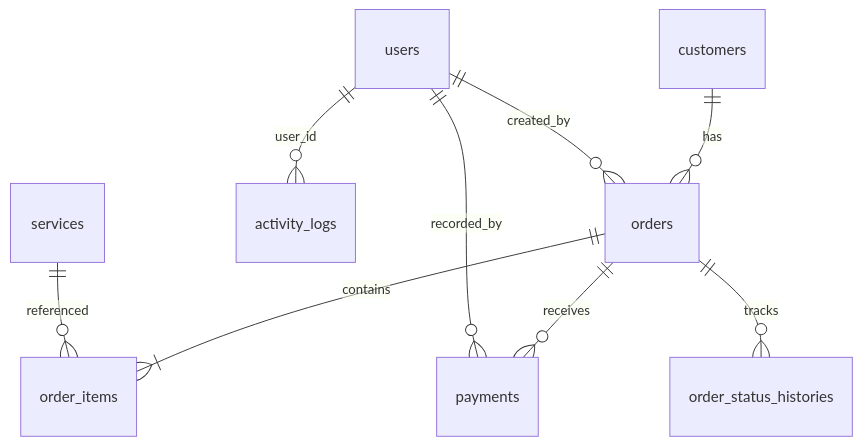
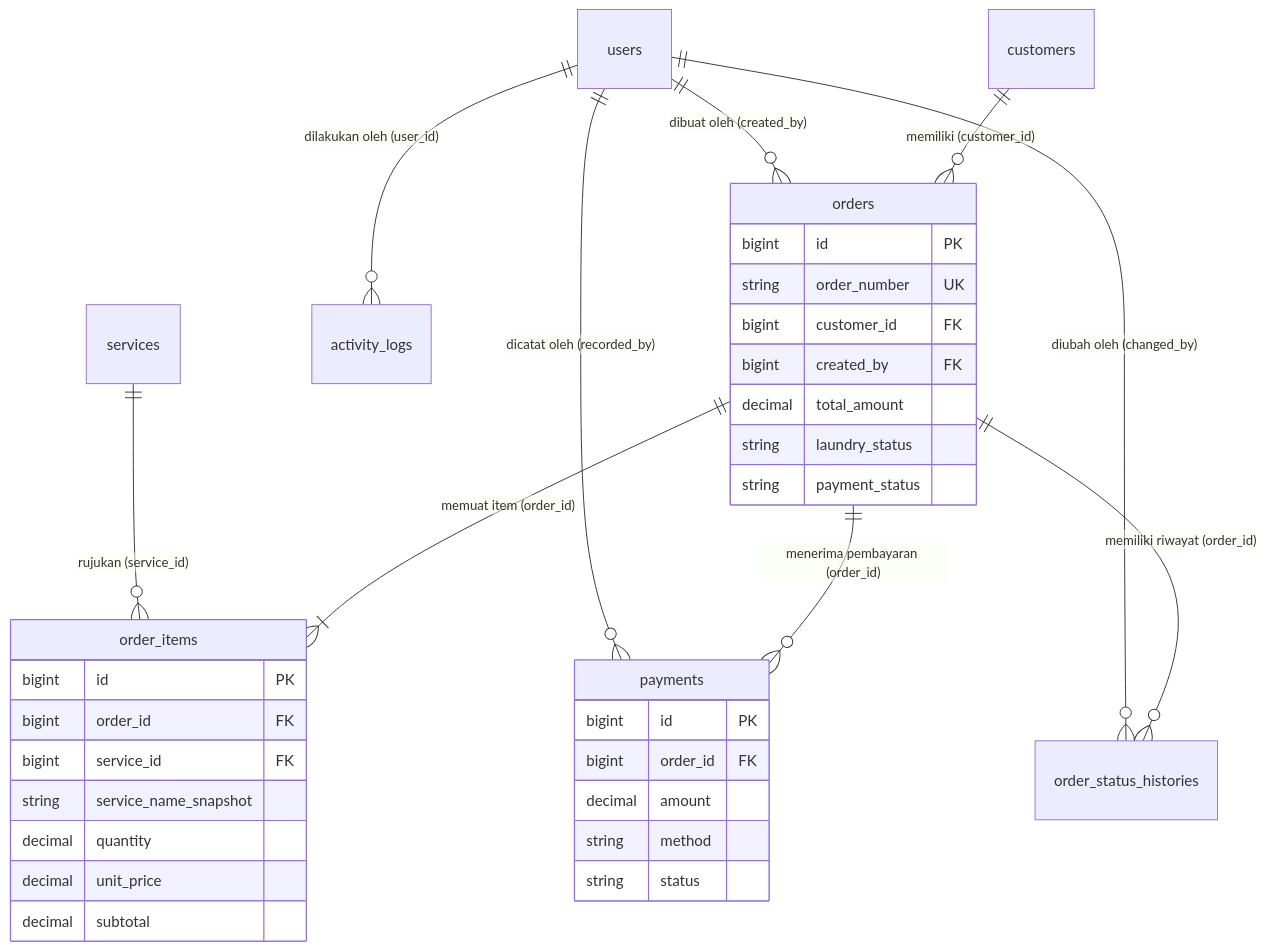
One commit to rafifarsyapradiva/rap-laundry changed the first of 2 diagrams in docs/IMPLEMENTATION_PLAN.md. Above: the diagram before and after it, drawn with Mermaid. The commit also changed other lines of this file and 70 other files, not shown here.

````diff
--- a/docs/IMPLEMENTATION_PLAN.md
+++ b/docs/IMPLEMENTATION_PLAN.md
@@ -78,11 +158,38 @@
 ```mermaid
 erDiagram
-    users ||--o{ orders : "created_by"
-    users ||--o{ payments : "recorded_by"
-    users ||--o{ activity_logs : "user_id"
-    customers ||--o{ orders : "has"
-    services ||--o{ order_items : "referenced"
-    orders ||--|{ order_items : "contains"
-    orders ||--o{ payments : "receives"
-    orders ||--o{ order_status_histories : "tracks"
+    users ||--o{ orders : "dibuat oleh (created_by)"
+    users ||--o{ payments : "dicatat oleh (recorded_by)"
+    users ||--o{ order_status_histories : "diubah oleh (changed_by)"
+    users ||--o{ activity_logs : "dilakukan oleh (user_id)"
+    customers ||--o{ orders : "memiliki (customer_id)"
+    services ||--o{ order_items : "rujukan (service_id)"
+    orders ||--|{ order_items : "memuat item (order_id)"
+    orders ||--o{ payments : "menerima pembayaran (order_id)"
+    orders ||--o{ order_status_histories : "memiliki riwayat (order_id)"
+
+    orders {
+        bigint id PK
+        string order_number UK
+        bigint customer_id FK
+        bigint created_by FK
+        decimal total_amount
+        string laundry_status
+        string payment_status
+    }
+    order_items {
+        bigint id PK
+        bigint order_id FK
+        bigint service_id FK
+        string service_name_snapshot
+        decimal quantity
+        decimal unit_price
+        decimal subtotal
+    }
+    payments {
+        bigint id PK
+        bigint order_id FK
+        decimal amount
+        string method
+        string status
+    }
 ```
````
